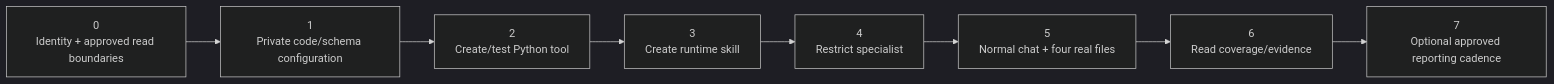
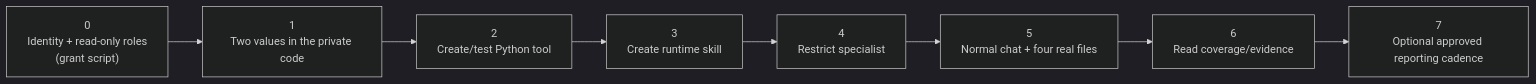
Before and after one commit to marioaguileraaa/sre-agent-use-cases: the second of 3 diagrams in 04-aks-well-architected-review/README.md, drawn with Mermaid (dark theme). The commit also changed other lines of this file and 37 other files, not shown here.

````diff
--- a/04-aks-well-architected-review/README.md
+++ b/04-aks-well-architected-review/README.md
@@ -247,10 +279,10 @@
 ```mermaid
 flowchart LR
-    I["0<br/>Identity + approved read boundaries"] --> P["1<br/>Private code/schema configuration"]
+    I["0<br/>Identity + read-only roles<br/>(grant script)"] --> P["1<br/>Two values in the private code"]
     P --> T["2<br/>Create/test Python tool"]
     T --> S["3<br/>Create runtime skill"]
     S --> A["4<br/>Restrict specialist"]
     A --> C["5<br/>Normal chat + four real files"]
     C --> R["6<br/>Read coverage/evidence"]
     R --> M["7<br/>Optional approved reporting cadence"]
 ```
````
